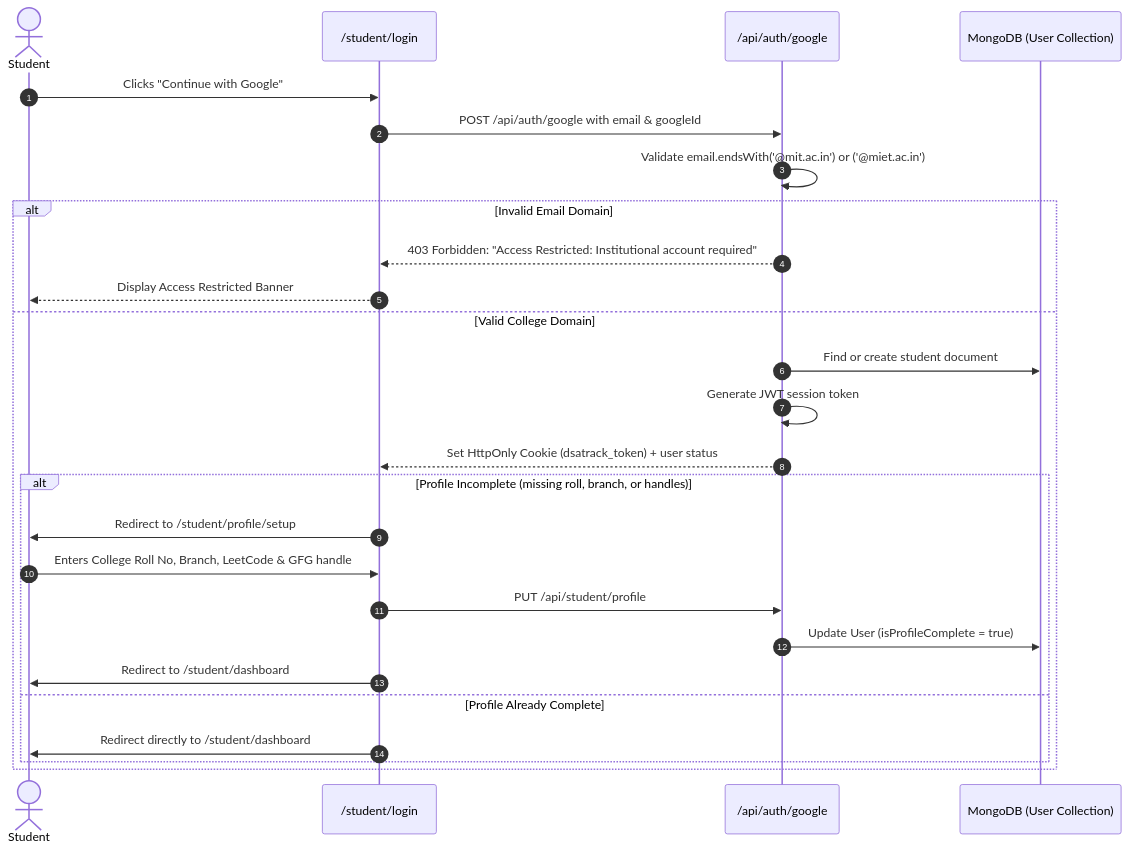
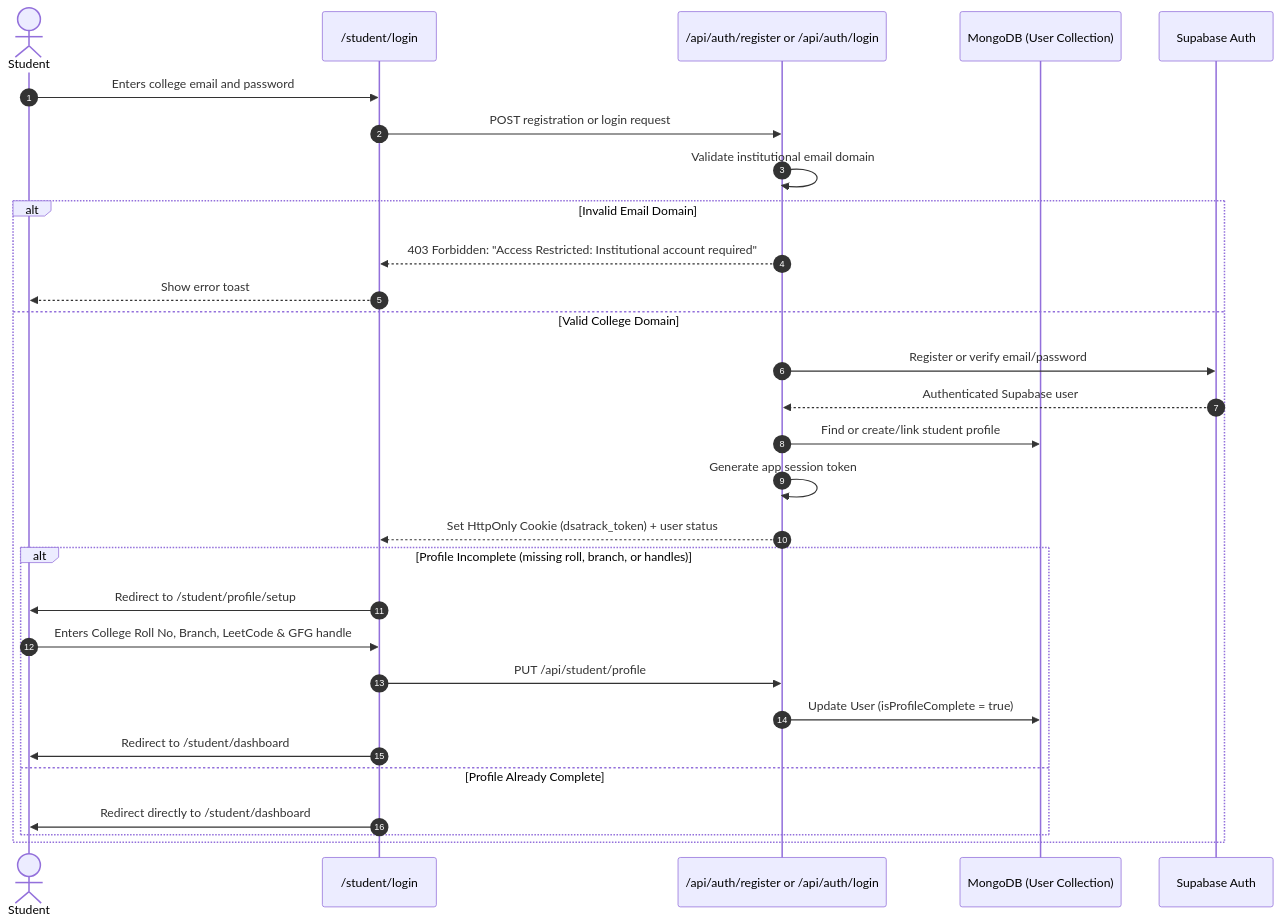
The third of 6 diagrams in docs/DATA_FLOW_AND_FLOWCHARTS.md (nikhilpundir108/DsaProgressTracker), drawn with Mermaid before and after one commit. The commit also changed other lines of this file and 27 other files, not shown here.

Commit message:
Add new features and improvements along with supabase auth

````diff
--- a/docs/DATA_FLOW_AND_FLOWCHARTS.md
+++ b/docs/DATA_FLOW_AND_FLOWCHARTS.md
@@ -77,29 +77,32 @@
 ```mermaid
 sequenceDiagram
     autonumber
     actor Student as Student
     participant UI as /student/login
-    participant API as /api/auth/google
+    participant API as /api/auth/register or /api/auth/login
     participant DB as MongoDB (User Collection)
+    participant Supabase as Supabase Auth
 
-    Student->>UI: Clicks "Continue with Google"
-    UI->>API: POST /api/auth/google with email & googleId
-    API->>API: Validate email.endsWith('@mit.ac.in') or ('@miet.ac.in')
+    Student->>UI: Enters college email and password
+    UI->>API: POST registration or login request
+    API->>API: Validate institutional email domain
     alt Invalid Email Domain
         API-->>UI: 403 Forbidden: "Access Restricted: Institutional account required"
-        UI-->>Student: Display Access Restricted Banner
+        UI-->>Student: Show error toast
     else Valid College Domain
-        API->>DB: Find or create student document
-        API->>API: Generate JWT session token
+        API->>Supabase: Register or verify email/password
+        Supabase-->>API: Authenticated Supabase user
+        API->>DB: Find or create/link student profile
+        API->>API: Generate app session token
         API-->>UI: Set HttpOnly Cookie (dsatrack_token) + user status
         alt Profile Incomplete (missing roll, branch, or handles)
             UI->>Student: Redirect to /student/profile/setup
             Student->>UI: Enters College Roll No, Branch, LeetCode & GFG handle
             UI->>API: PUT /api/student/profile
             API->>DB: Update User (isProfileComplete = true)
             UI->>Student: Redirect to /student/dashboard
         else Profile Already Complete
             UI->>Student: Redirect directly to /student/dashboard
         end
     end
 ```
````
